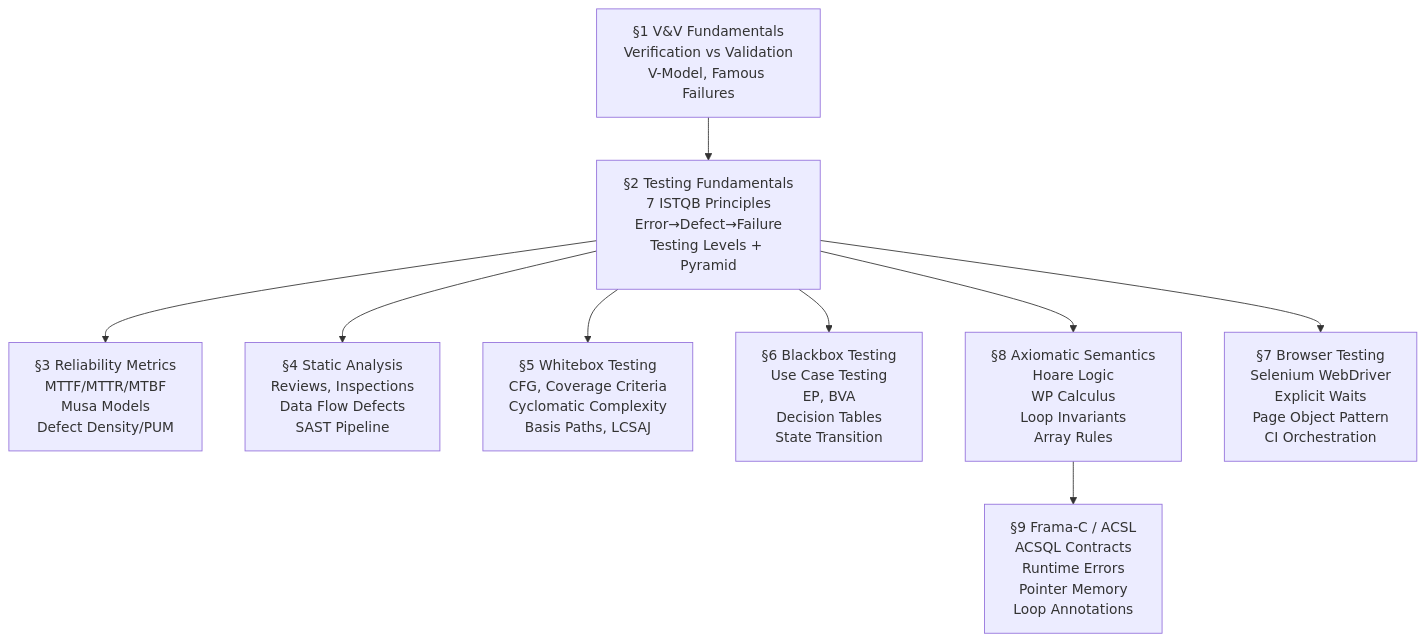
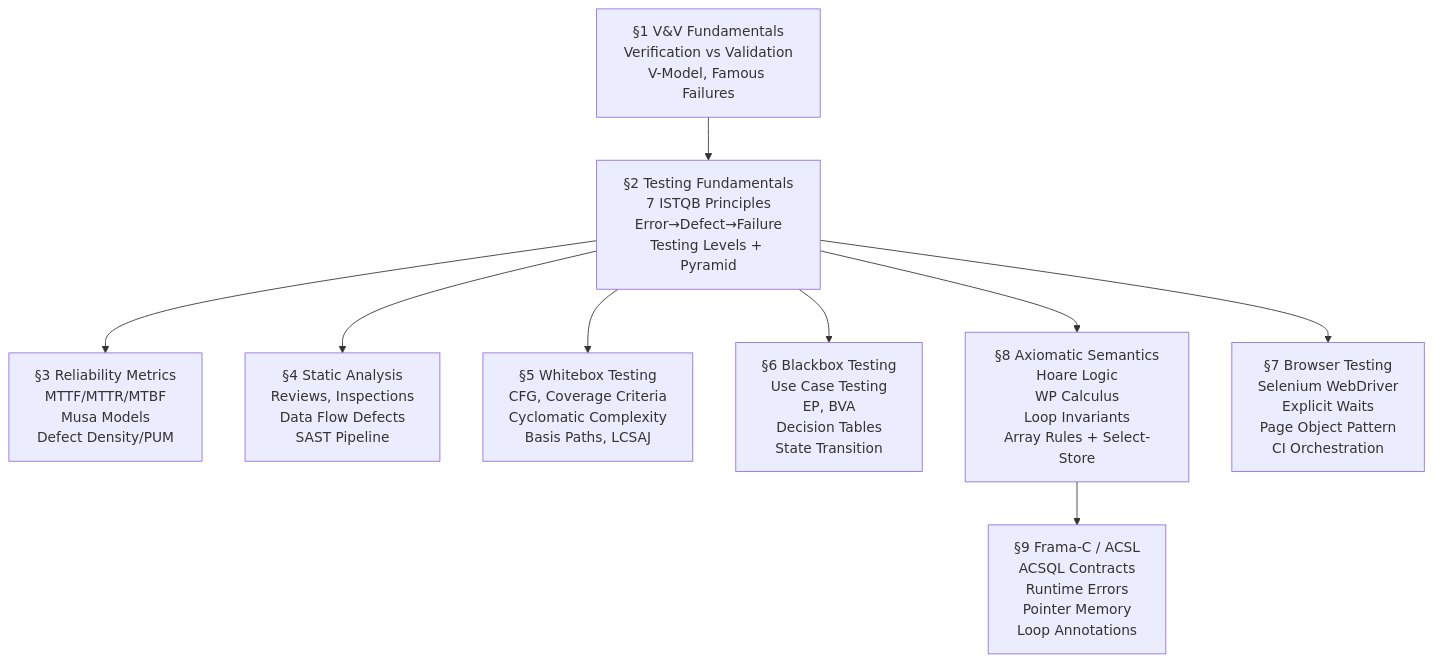
One commit to LyCh1e/Arcane-Index changed the first of 11 diagrams in study-notes/ICT3112 - Software Verification and Validation Exam Notes.md. Above: the diagram before and after it, drawn with Mermaid. The commit also changed other lines of this file and 22 other files, not shown here.

````diff
--- a/study-notes/ICT3112 - Software Verification and Validation Exam Notes.md
+++ b/study-notes/ICT3112 - Software Verification and Validation Exam Notes.md
@@ -20,13 +20,13 @@
 ```mermaid
 flowchart TD
     A["§1 V&V Fundamentals\nVerification vs Validation\nV-Model, Famous Failures"] --> B
     B["§2 Testing Fundamentals\n7 ISTQB Principles\nError→Defect→Failure\nTesting Levels + Pyramid"] --> C & D
     C["§3 Reliability Metrics\nMTTF/MTTR/MTBF\nMusa Models\nDefect Density/PUM"]
     D["§4 Static Analysis\nReviews, Inspections\nData Flow Defects\nSAST Pipeline"]
     B --> E & F
     E["§5 Whitebox Testing\nCFG, Coverage Criteria\nCyclomatic Complexity\nBasis Paths, LCSAJ"]
     F["§6 Blackbox Testing\nUse Case Testing\nEP, BVA\nDecision Tables\nState Transition"]
-    B --> G["§8 Axiomatic Semantics\nHoare Logic\nWP Calculus\nLoop Invariants\nArray Rules"]
+    B --> G["§8 Axiomatic Semantics\nHoare Logic\nWP Calculus\nLoop Invariants\nArray Rules + Select-Store"]
     B --> H["§7 Browser Testing\nSelenium WebDriver\nExplicit Waits\nPage Object Pattern\nCI Orchestration"]
     G --> I["§9 Frama-C / ACSL\nACSQL Contracts\nRuntime Errors\nPointer Memory\nLoop Annotations"]
 ```
````
